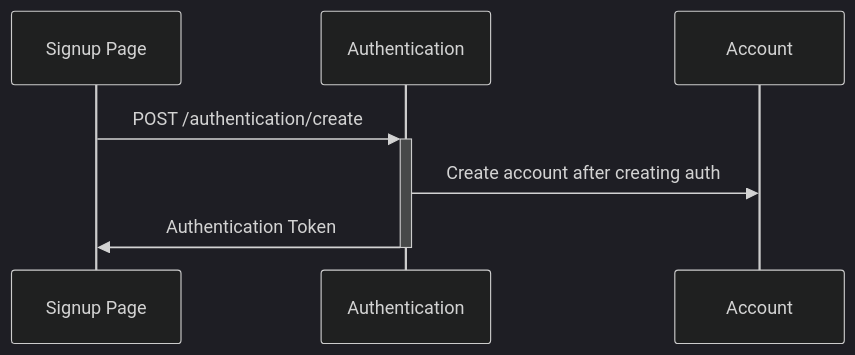
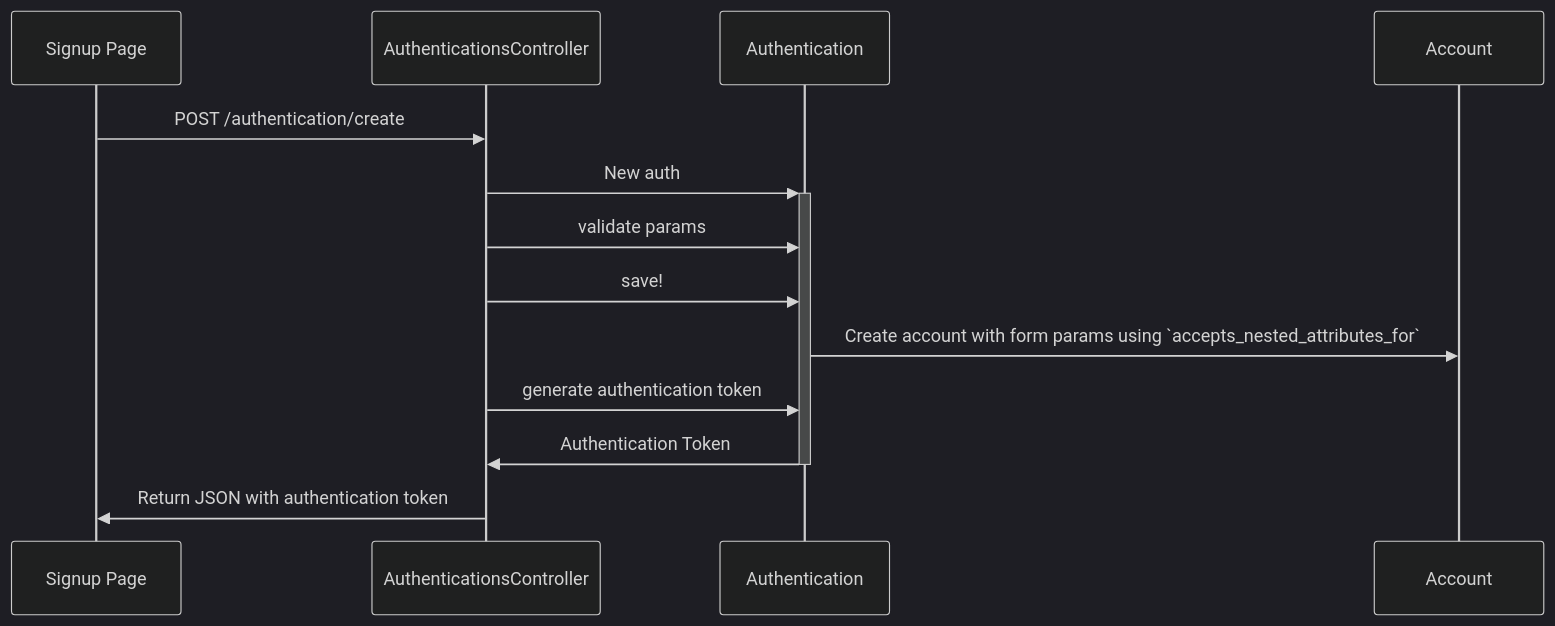
Before and after one commit to floriankdrone/floriankdrone.github.io: the second of 4 diagrams in _footfantasy/project_scoping.md, drawn with Mermaid (dark theme). The commit also changed other lines of this file and 3 other files, not shown here.

```diff
--- a/_footfantasy/project_scoping.md
+++ b/_footfantasy/project_scoping.md
@@ -77,9 +78,15 @@
 <div class="mermaid">
 sequenceDiagram
   participant SP as Signup Page
+  participant AuthC as AuthenticationsController
   participant Auth as Authentication
   participant A as Account
-  SP->>+Auth: POST /authentication/create
-  Auth->>A: Create account after creating auth
-  Auth->>-SP: Authentication Token
+  SP->>AuthC: POST /authentication/create
+  AuthC->>+Auth: New auth
+  AuthC->>Auth: validate params
+  AuthC->>Auth: save!
+  Auth->>A: Create account with form params using `accepts_nested_attributes_for`
+  AuthC->>Auth: generate authentication token
+  Auth->>-AuthC: Authentication Token
+  AuthC->>SP: Return JSON with authentication token
 </div>
```
